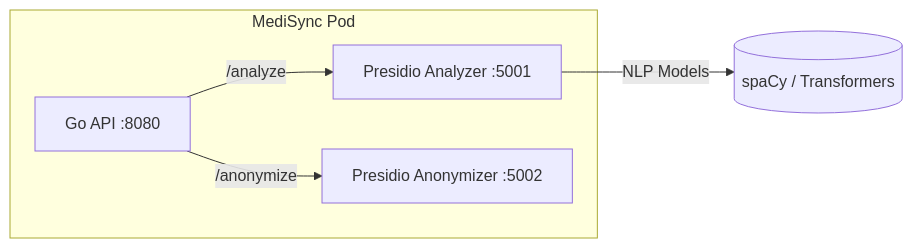
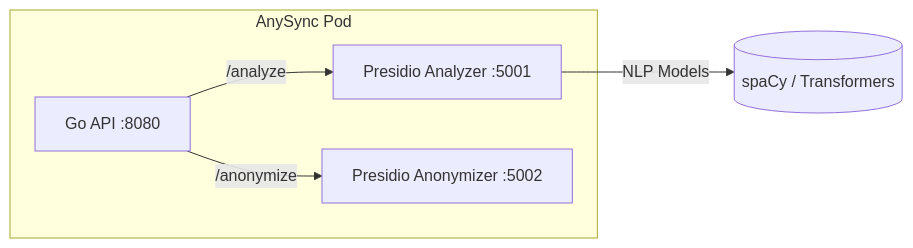
Before and after one commit to veerababumanyam/MediSync: the second of 3 diagrams in docs/PII-PROTECTION.md, drawn with Mermaid. The commit also changed other lines of this file and 417 other files, not shown here.

First line of the commit message:
feat: Comprehensive update to AnySync v0.0.5

````diff
--- a/docs/PII-PROTECTION.md
+++ b/docs/PII-PROTECTION.md
@@ -87,11 +87,11 @@
 ```mermaid
 graph LR
-    subgraph MediSync Pod
+    subgraph AnySync Pod
         API[Go API :8080]
         Analyzer[Presidio Analyzer :5001]
         Anonymizer[Presidio Anonymizer :5002]
     end
     API -->|/analyze| Analyzer
     API -->|/anonymize| Anonymizer
     Analyzer -->|NLP Models| Models[(spaCy / Transformers)]
 ```
````
